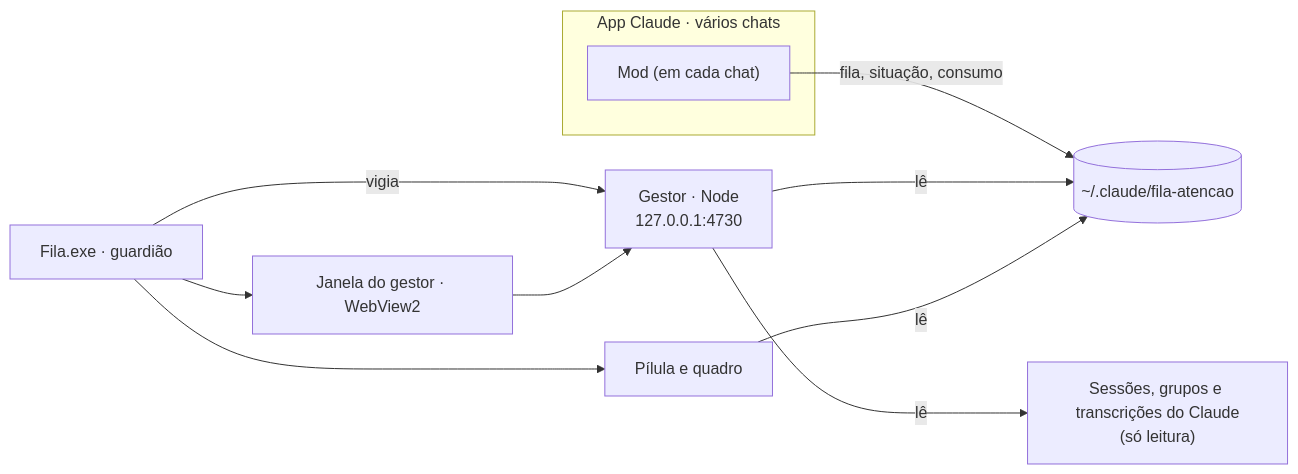
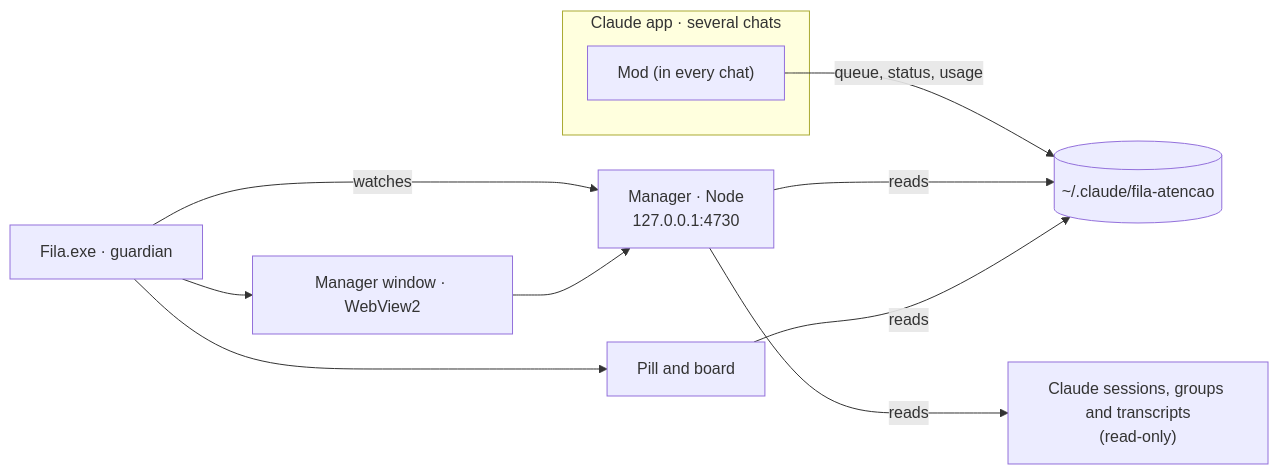
One commit to antoniosousa14/fila changed the diagram in README.md. Above: the diagram before and after it, drawn with Mermaid. The commit also changed other lines of this file and 8 other files, not shown here.

````diff
--- a/README.md
+++ b/README.md
@@ -110,19 +121,19 @@
 ```mermaid
 flowchart LR
-  subgraph claude["App Claude · vários chats"]
-    mod["Mod (em cada chat)"]
+  subgraph claude["Claude app · several chats"]
+    mod["Mod (in every chat)"]
   end
   dados[("~/.claude/fila-atencao")]
-  fonte["Sessões, grupos e transcrições do Claude\n(só leitura)"]
-  gestor["Gestor · Node\n127.0.0.1:4730"]
-  app["Fila.exe · guardião"]
+  fonte["Claude sessions, groups and transcripts\n(read-only)"]
+  gestor["Manager · Node\n127.0.0.1:4730"]
+  app["Fila.exe · guardian"]
 
-  mod -- "fila, situação, consumo" --> dados
-  gestor -- lê --> dados
-  gestor -- lê --> fonte
-  app -- vigia --> gestor
-  app --> pilula["Pílula e quadro"]
-  app --> janela["Janela do gestor · WebView2"]
-  pilula -- lê --> dados
+  mod -- "queue, status, usage" --> dados
+  gestor -- reads --> dados
+  gestor -- reads --> fonte
+  app -- watches --> gestor
+  app --> pilula["Pill and board"]
+  app --> janela["Manager window · WebView2"]
+  pilula -- reads --> dados
   janela --> gestor
 ```
````
